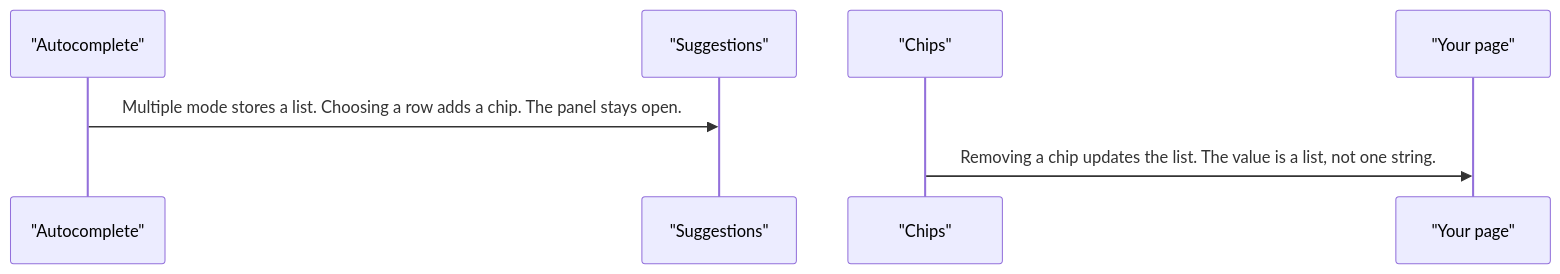
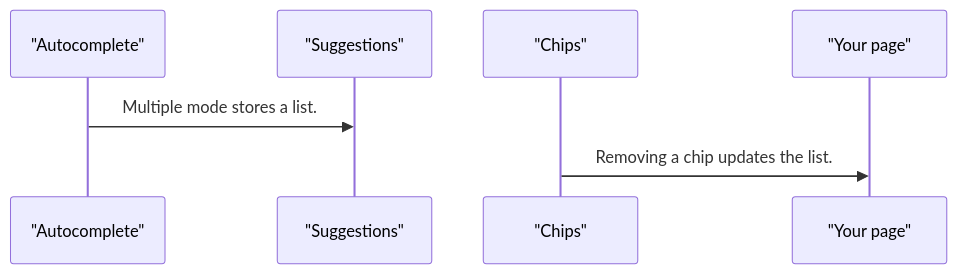
Before and after one commit to RajshekharBorate/pixel-ui: the third of 4 diagrams in projects/pixel-ui/src/lib/pixel-autocomplete/DESIGN.md, drawn with Mermaid. The commit also changed other lines of this file and 80 other files, not shown here.

Commit message:
Fill missing design flows and correct the stories that did not match component behavior.

````diff
--- a/projects/pixel-ui/src/lib/pixel-autocomplete/DESIGN.md
+++ b/projects/pixel-ui/src/lib/pixel-autocomplete/DESIGN.md
@@ -70,9 +70,9 @@
 ```mermaid
 sequenceDiagram
   participant field as "Autocomplete"
   participant panel as "Suggestions"
   participant chips as "Chips"
   participant page as "Your page"
-  field->>panel: Multiple mode stores a list. Choosing a row adds a chip. The panel stays open.
-  chips->>page: Removing a chip updates the list. The value is a list, not one string.
+  field->>panel: Multiple mode stores a list.
+  chips->>page: Removing a chip updates the list.
 ```
````
